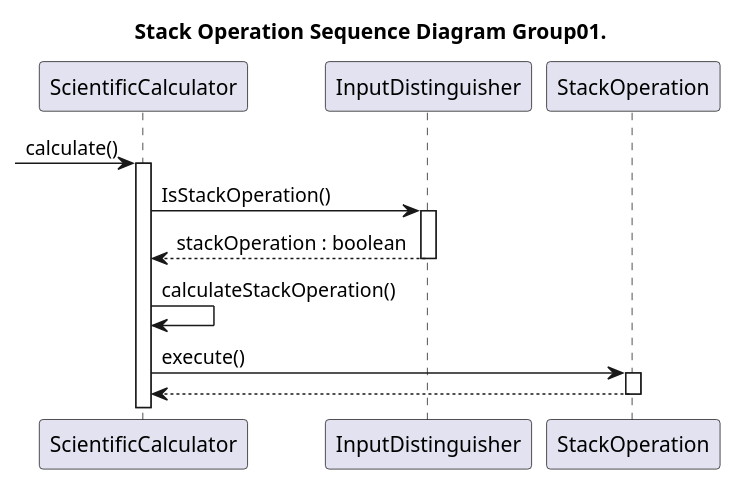
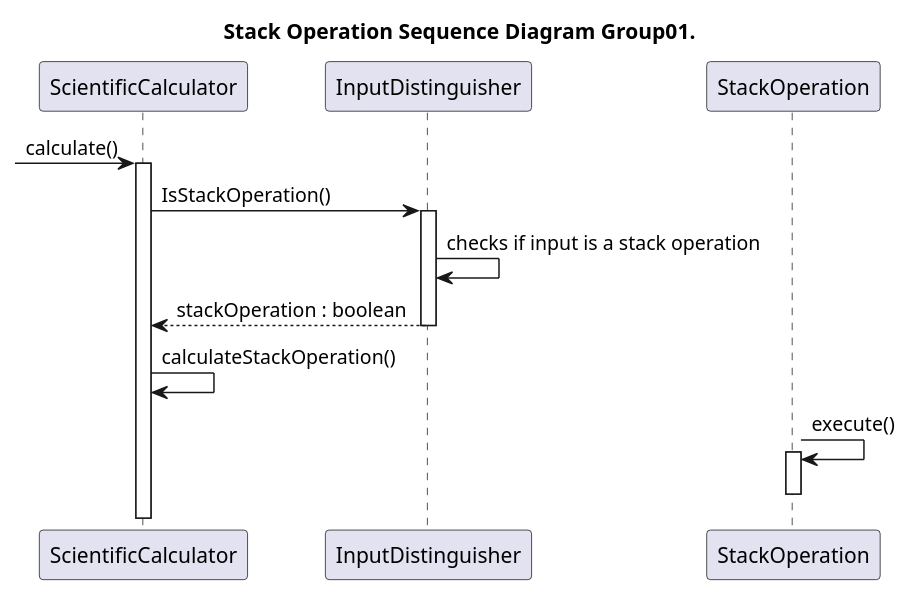
One commit to CiroCutolo/Scientific_Calculator_group01_2023 changed the diagram in sequence_diagram/StackOperation_SequenceDiagram_Group01.puml. Above: the diagram before and after it, drawn with PlantUML. The commit also changed 7 other files, not shown here.

Commit message:
Sono state apportate modifiche relative all'implementazione dei sequence diagrams

```diff
--- a/sequence_diagram/StackOperation_SequenceDiagram_Group01.puml
+++ b/sequence_diagram/StackOperation_SequenceDiagram_Group01.puml
@@ -1,24 +1,23 @@
-@startuml SequenceDiagram
+@startuml StackOperation_SequenceDiagram_Group01
 
 title Stack Operation Sequence Diagram Group01.
 
 participant ScientificCalculator as calc
 participant InputDistinguisher as input
 participant StackOperation as stack
 
 -> calc:calculate()
 activate calc
 
 calc -> input : IsStackOperation()
 activate input
+input -> input : checks if input is a stack operation
 input --> calc : stackOperation : boolean
 deactivate input
 
 calc -> calc : calculateStackOperation()
-
-calc -> stack : execute()
+stack -> stack : execute()
 activate stack
-stack --> calc
-deactivate stack
+deactivate stack
 
 @enduml
```
